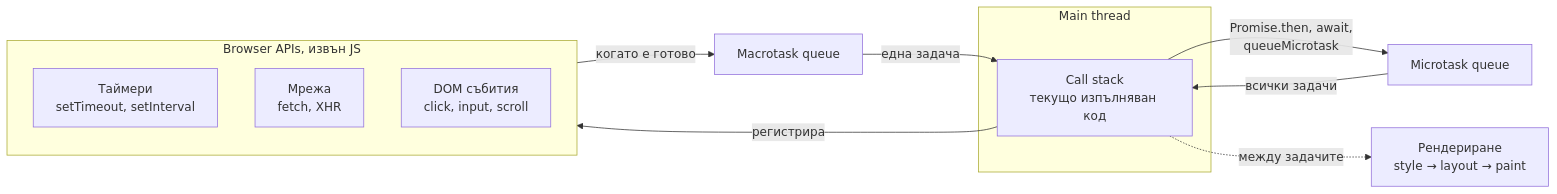
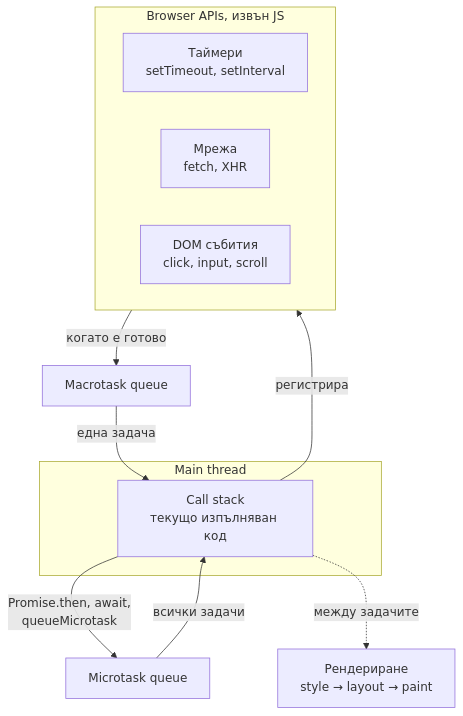
One commit to MikeSteiner/alex-developer-notes changed the first of 2 diagrams in Web browser/browser-event-loop.md. Above: the diagram before and after it, drawn with Mermaid. The commit also changed 6 other files, not shown here.

````diff
--- a/Web browser/browser-event-loop.md
+++ b/Web browser/browser-event-loop.md
@@ -20,21 +20,21 @@
 ```mermaid
-flowchart LR
+flowchart TB
     subgraph JS["Main thread"]
         CS["Call stack<br/>текущо изпълняван код"]
     end
     subgraph WEB["Browser APIs, извън JS"]
         T["Таймери<br/>setTimeout, setInterval"]
         N["Мрежа<br/>fetch, XHR"]
         E["DOM събития<br/>click, input, scroll"]
     end
     MQ["Macrotask queue"]
     MI["Microtask queue"]
     R["Рендериране<br/>style → layout → paint"]
 
     CS -- "регистрира" --> WEB
     WEB -- "когато е готово" --> MQ
     CS -- "Promise.then, await,<br/>queueMicrotask" --> MI
     MQ -- "една задача" --> CS
     MI -- "всички задачи" --> CS
     CS -. "между задачите" .-> R
 ```
````
